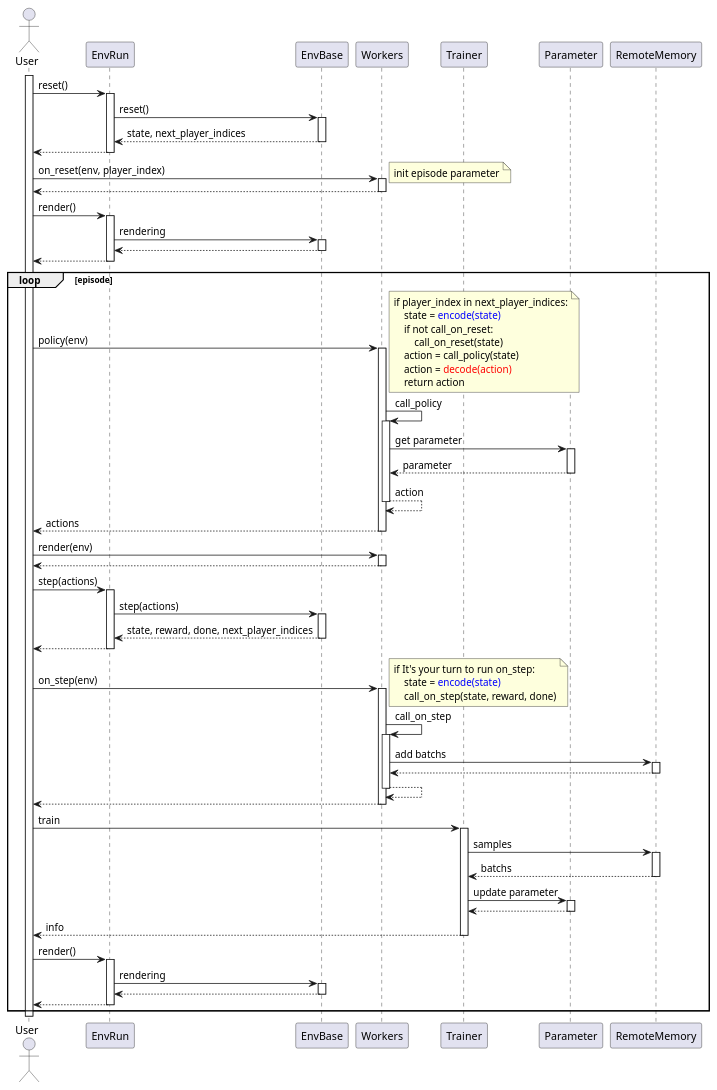
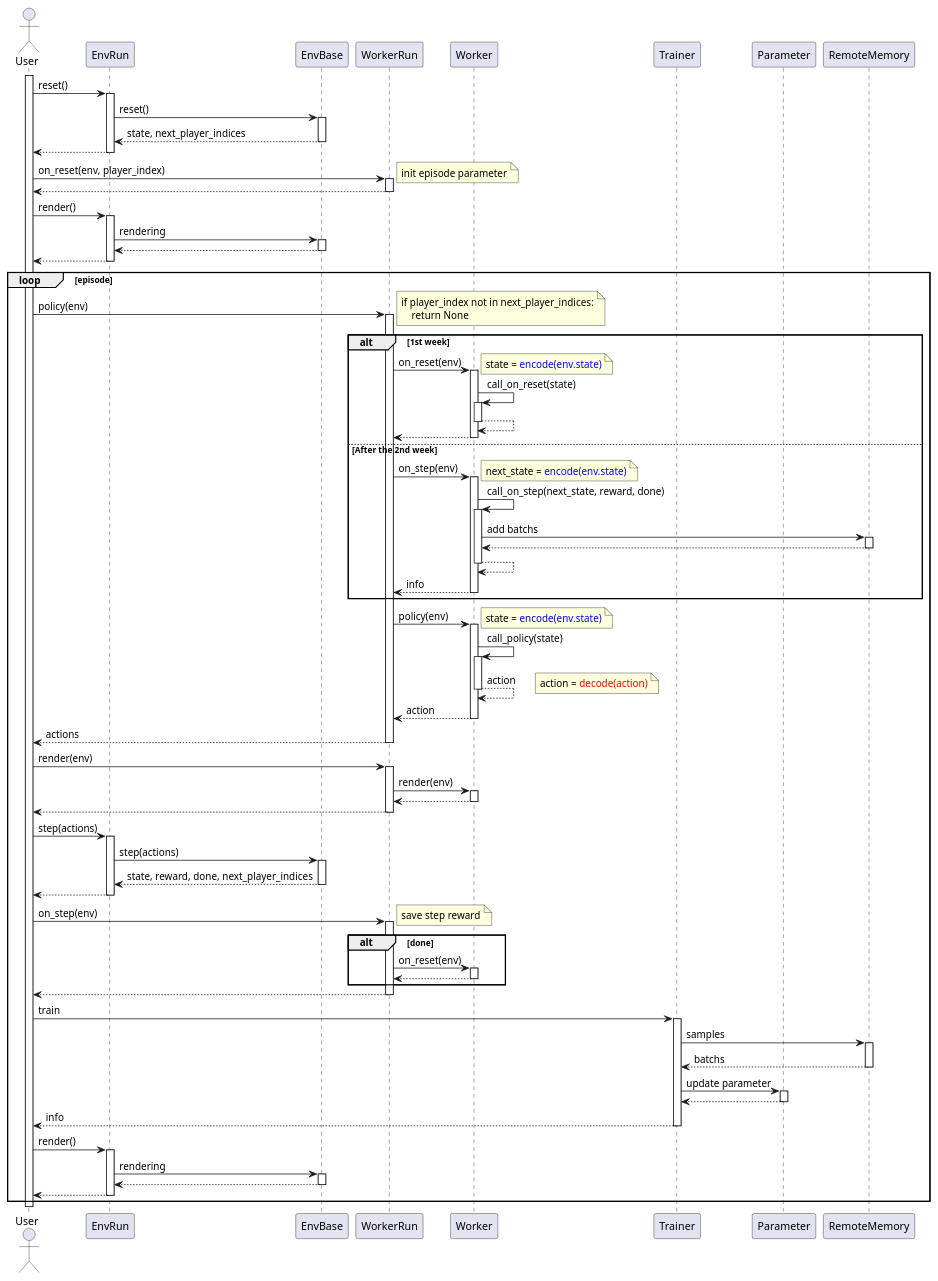
The diagram in diagrams/playflow.pu (pocokhc/simple_distributed_rl), drawn with PlantUML before and after one commit. The commit also changed 18 other files, not shown here.

```diff
--- a/diagrams/playflow.pu
+++ b/diagrams/playflow.pu
@@ -1,83 +1,108 @@
 @startuml playflow
 autoactivate on
 
 actor User
+
 participant EnvRun
 participant EnvBase
-participant Workers
+
+participant WorkerRun
+participant Worker
+
 participant Trainer
-
 participant Parameter
 participant RemoteMemory
 
 
 activate User
 
 User -> EnvRun: reset()
     EnvRun -> EnvBase: reset()
     return state, next_player_indices
 return
 
-User -> Workers: on_reset(env, player_index)
+User -> WorkerRun: on_reset(env, player_index)
     note right: init episode parameter
 return
 
 User -> EnvRun: render()
     EnvRun -> EnvBase: rendering
     return
 return
 
 loop episode
 
-    User -> Workers: policy(env)
+    User -> WorkerRun: policy(env)
         note right
-        if player_index in next_player_indices:
-            state = <color blue>encode(state)</color>
-            if not call_on_reset:
-                call_on_reset(state)
-            action = call_policy(state)
+        if player_index not in next_player_indices:
+            return None
+        end note
+
+        alt 1st week
+            WorkerRun -> Worker: on_reset(env)
+                note right
+                state = <color blue>encode(env.state)</color>
+                end note
+                Worker -> Worker: call_on_reset(state)
+                return
+            return
+        else After the 2nd week
+            WorkerRun -> Worker: on_step(env)
+                note right
+                next_state = <color blue>encode(env.state)</color>
+                end note
+                Worker -> Worker: call_on_step(next_state, reward, done)
+                    Worker -> RemoteMemory: add batchs
+                    return
+                return
+            return info
+        end
+
+        WorkerRun -> Worker: policy(env)
+            note right
+            state = <color blue>encode(env.state)</color>
+            end note
+            Worker -> Worker: call_policy(state)
+            return action
+            note right
             action = <color red>decode(action)</color>
-            return action
-        end note
-        Workers -> Workers: call_policy
-            Workers -> Parameter: get parameter
-            return parameter
+            end note
         return action
     return actions
 
-    User -> Workers: render(env)
+    User -> WorkerRun: render(env)
+        WorkerRun -> Worker: render(env)
+        return
     return
     
     User -> EnvRun: step(actions)
         EnvRun -> EnvBase: step(actions)
         return state, reward, done, next_player_indices
     return
 
-    User -> Workers: on_step(env)
+    User -> WorkerRun: on_step(env)
         note right
-        if It's your turn to run on_step:
-            state = <color blue>encode(state)</color>
-            call_on_step(state, reward, done)
+        save step reward
         end note
-        Workers -> Workers: call_on_step
-            Workers -> RemoteMemory: add batchs
+        alt done
+            WorkerRun -> Worker: on_reset(env)
             return
-        return
+        end
     return
 
     User -> Trainer: train
         Trainer -> RemoteMemory: samples
         return batchs
         Trainer -> Parameter: update parameter
         return
     return info
 
     User -> EnvRun: render()
         EnvRun -> EnvBase: rendering
         return
     return
 
 end
 deactivate User
 
 @enduml
```
